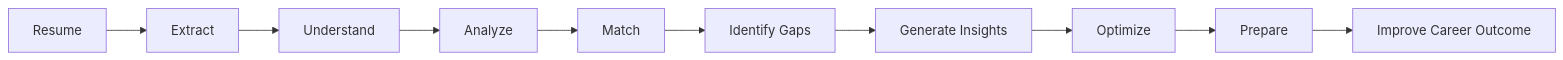
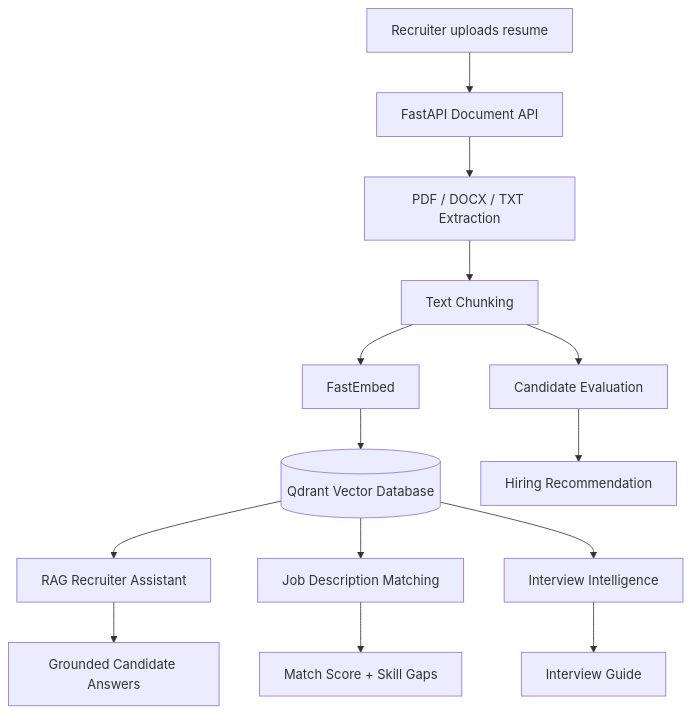
Before and after one commit to shubhamkardel-ai/resume-analyzer-ai: the second of 3 diagrams in README.md, drawn with Mermaid. The commit also changed other lines of this file, not shown here.

First line of the commit message:
feat: build production-ready RecruitRAG-AI recruitment intelligence platform

````diff
--- a/README.md
+++ b/README.md
@@ -511,13 +164,18 @@
-```mermaid
-flowchart LR
+``` mermaid
+flowchart TD
+    A[Recruiter uploads resume] --> B[FastAPI Document API]
+    B --> C[PDF / DOCX / TXT Extraction]
+    C --> D[Text Chunking]
+    D --> E[Candidate Evaluation]
+    D --> F[FastEmbed]
+    F --> G[(Qdrant Vector Database)]
 
-    A[Resume] --> B[Extract]
-    B --> C[Understand]
-    C --> D[Analyze]
-    D --> E[Match]
-    E --> F[Identify Gaps]
-    F --> G[Generate Insights]
-    G --> H[Optimize]
-    H --> I[Prepare]
-    I --> J[Improve Career Outcome]
+    G --> H[RAG Recruiter Assistant]
+    G --> I[Job Description Matching]
+    G --> J[Interview Intelligence]
+
+    I --> K[Match Score + Skill Gaps]
+    J --> L[Interview Guide]
+    H --> M[Grounded Candidate Answers]
+    E --> N[Hiring Recommendation]
 ```
````
